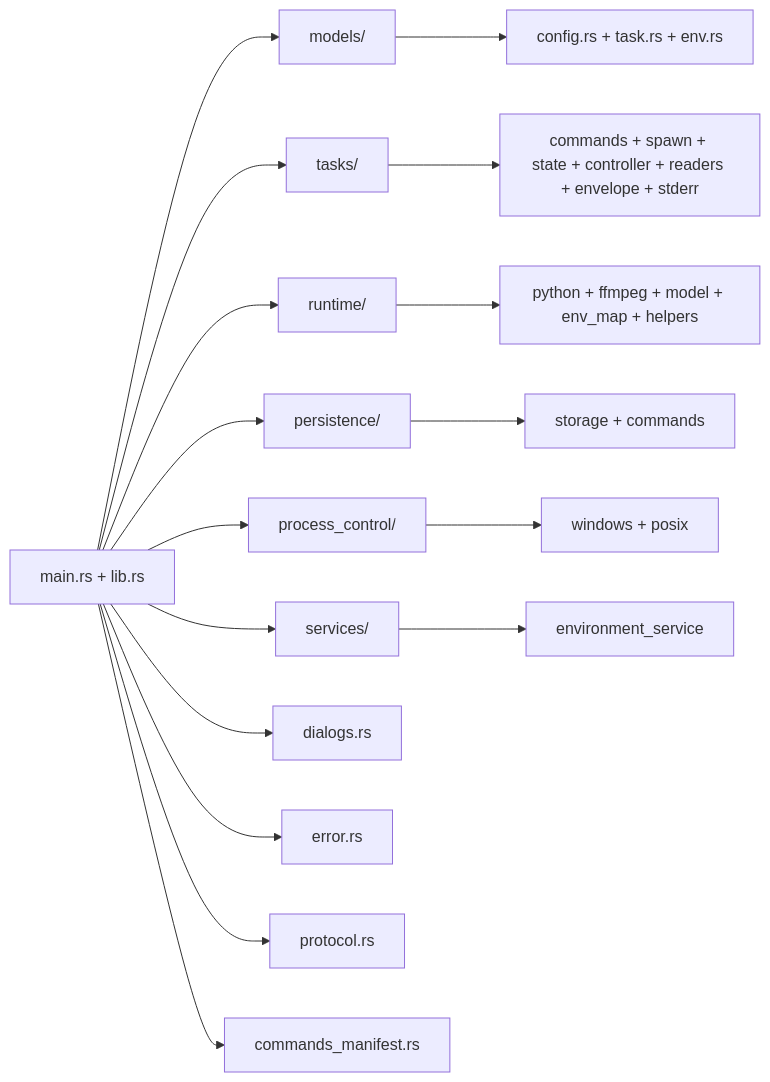
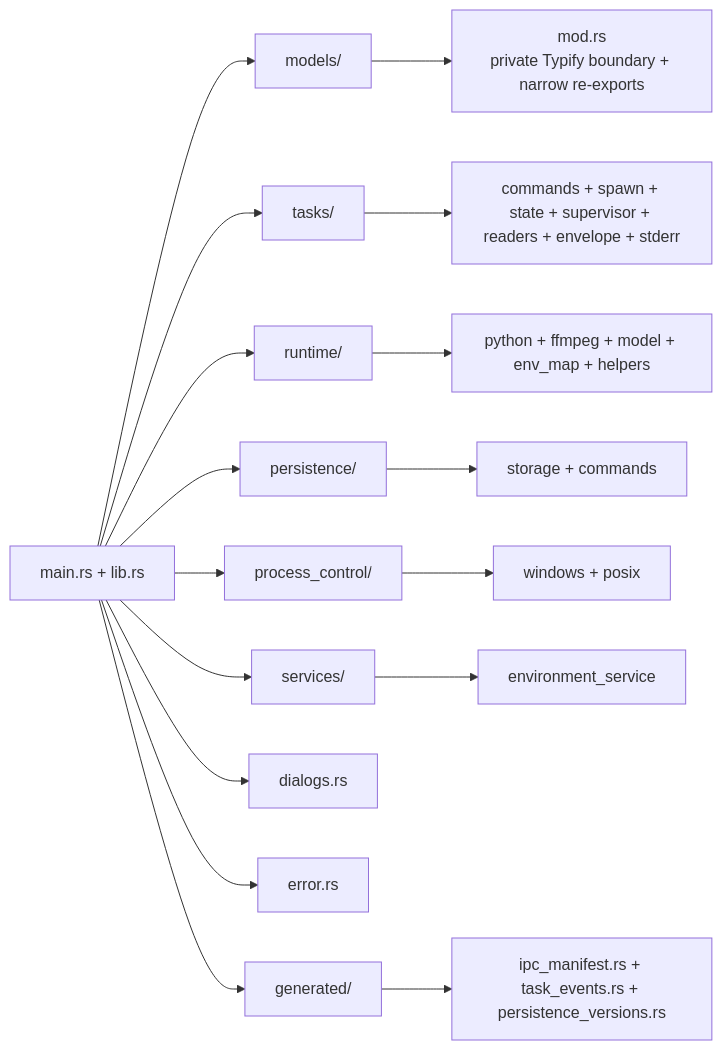
The third of 4 diagrams in docs/01-architecture-overview.md (youge325/vp), drawn with Mermaid before and after one commit. The commit also changed other lines of this file and 14 other files, not shown here.

````diff
--- a/docs/01-architecture-overview.md
+++ b/docs/01-architecture-overview.md
@@ -162,20 +172,20 @@
 ```mermaid
 graph LR
     A[main.rs + lib.rs] --> B[models/]
     A --> C[tasks/]
     A --> D[runtime/]
     A --> E[persistence/]
     A --> F[process_control/]
     A --> G[services/]
     A --> H[dialogs.rs]
     A --> I[error.rs]
-    A --> J[protocol.rs]
-    A --> K[commands_manifest.rs]
+    A --> J[generated/]
 
-    B --> B1[config.rs + task.rs + env.rs]
-    C --> C1[commands + spawn + state + controller + readers + envelope + stderr]
+    B --> B1[mod.rs<br/>private Typify boundary + narrow re-exports]
+    C --> C1[commands + spawn + state + supervisor + readers + envelope + stderr]
+    J --> J1[ipc_manifest.rs + task_events.rs + persistence_versions.rs]
     D --> D1[python + ffmpeg + model + env_map + helpers]
     E --> E1[storage + commands]
     F --> F1[windows + posix]
     G --> G1[environment_service]
 ```
````
